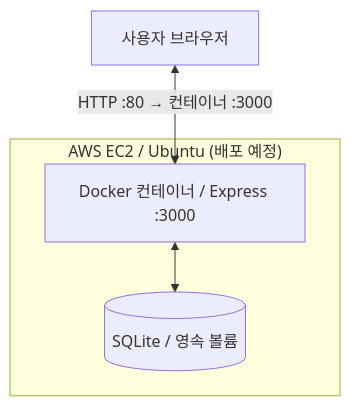
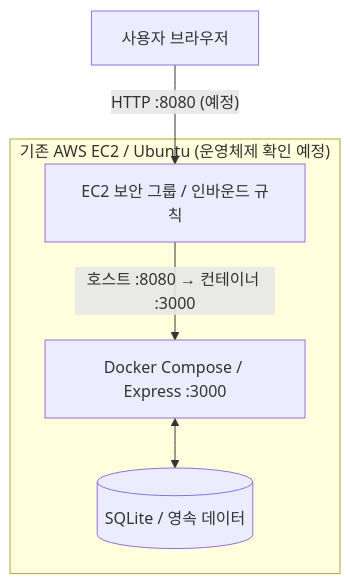
One commit to qkrgusrb0123a-ui/Week10_Workout changed the diagram in README.md. Above: the diagram before and after it, drawn with Mermaid. The commit also changed other lines of this file and 11 other files, not shown here.

````diff
--- a/README.md
+++ b/README.md
@@ -91,10 +93,9 @@
 ```mermaid
 flowchart TD
     U["사용자 브라우저"]
-    subgraph EC2["AWS EC2 / Ubuntu (배포 예정)"]
-        APP["Docker 컨테이너 / Express :3000"]
-        DB[("SQLite / 영속 볼륨")]
-        APP <--> DB
+    U -->|"HTTP :8080 (예정)"| SG["EC2 보안 그룹 / 인바운드 규칙"]
+    subgraph EC2["기존 AWS EC2 / Ubuntu (운영체제 확인 예정)"]
+        SG -->|"호스트 :8080 → 컨테이너 :3000"| APP["Docker Compose / Express :3000"]
+        APP <--> DB[("SQLite / 영속 데이터")]
     end
-    U <-->|"HTTP :80 → 컨테이너 :3000"| APP
 ```
````
